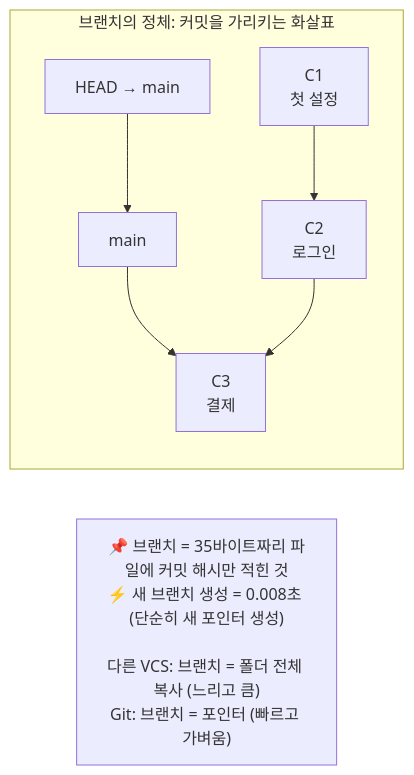
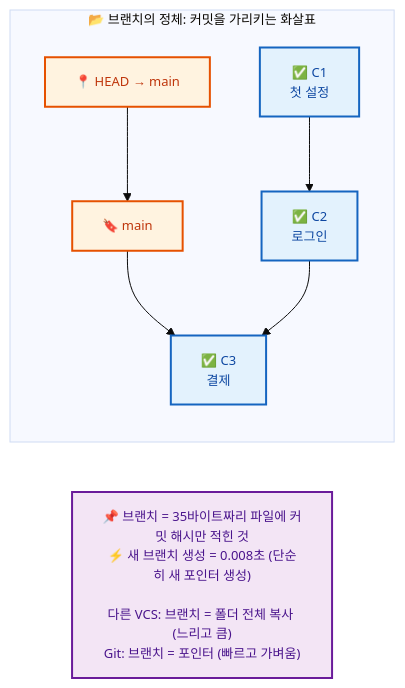
The first of 2 diagrams in git/05_브랜치와_병합/01_브랜치란.md (jingu279/Document), drawn with Mermaid before and after one commit. The commit also changed other lines of this file and 24 other files, not shown here.

First line of the commit message:
Git 문서 전체 Mermaid 다이어그램 스타일링 통일

````diff
--- a/git/05_브랜치와_병합/01_브랜치란.md
+++ b/git/05_브랜치와_병합/01_브랜치란.md
@@ -34,12 +34,22 @@
 ```mermaid
+%%{init: {'theme': 'base', 'themeVariables': {'fontSize': '13px'}}}%%
 flowchart LR
-  subgraph BranchAsPointer[브랜치의 정체: 커밋을 가리키는 화살표]
+  subgraph BranchAsPointer["📂 브랜치의 정체: 커밋을 가리키는 화살표"]
     direction TB
-    B[main] --> C3
-    B2[HEAD → main] --> B
-    C1["C1<br/>첫 설정"] --> C2["C2<br/>로그인"]
-    C2 --> C3["C3<br/>결제"]
+    B["🔖 main"] --> C3
+    B2["📍 HEAD → main"] --> B
+    C1["✅ C1<br/>첫 설정"] --> C2["✅ C2<br/>로그인"]
+    C2 --> C3["✅ C3<br/>결제"]
   end
 
   BranchNote["📌 브랜치 = 35바이트짜리 파일에 커밋 해시만 적힌 것<br/>⚡ 새 브랜치 생성 = 0.008초 (단순히 새 포인터 생성)<br/><br/>다른 VCS: 브랜치 = 폴더 전체 복사 (느리고 큼)<br/>Git: 브랜치 = 포인터 (빠르고 가벼움)"]
+
+  classDef main fill:#fff3e0,stroke:#e65100,stroke-width:2px,color:#bf360c
+  classDef sub fill:#e8f5e9,stroke:#2e7d32,stroke-width:2px,color:#1b5e20
+  classDef proc fill:#e3f2fd,stroke:#1565c0,stroke-width:2px,color:#0d47a1
+  classDef decision fill:#fff9c4,stroke:#f9a825,stroke-width:2px,color:#e65100
+  classDef highlight fill:#f3e5f5,stroke:#6a1b9a,stroke-width:2px,color:#4a148c
+  class B,B2 main
+  class C1,C2,C3 proc
+  class BranchNote highlight
 ```
````
